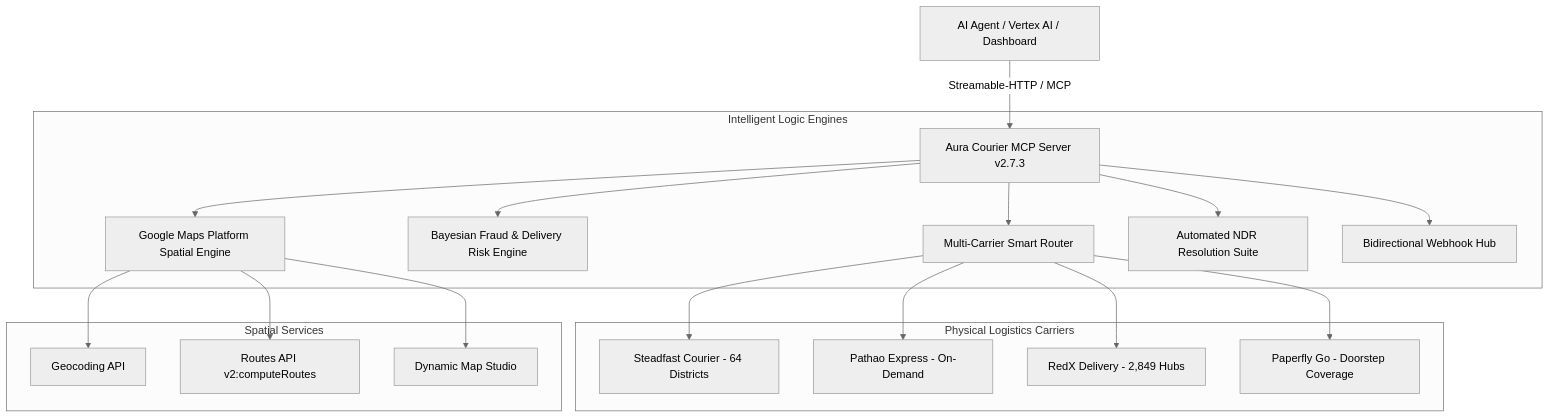
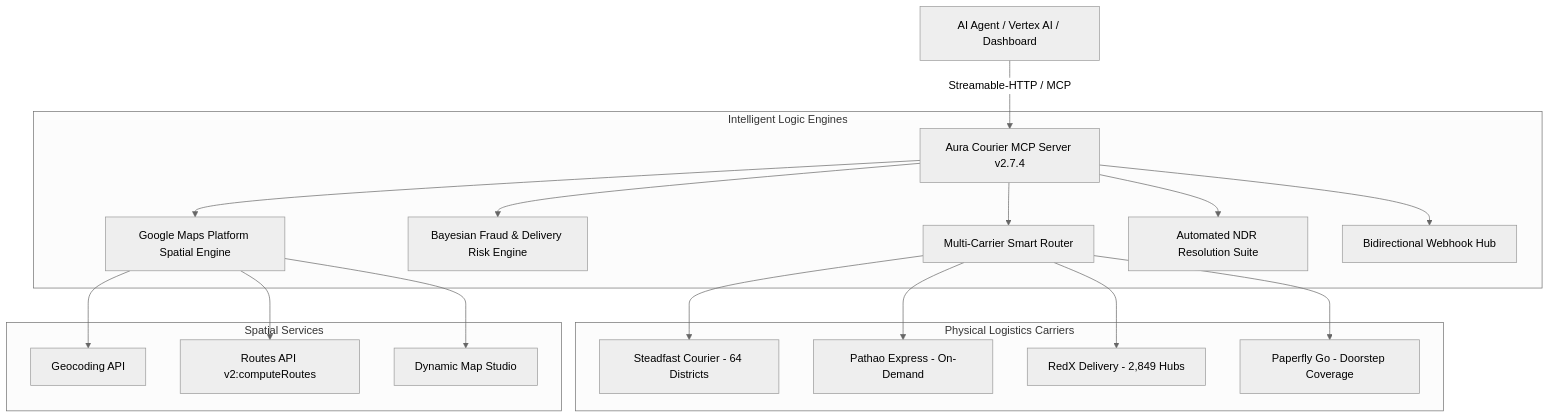
The diagram in MASTER_OPERATIONS_MANUAL.md (auraajenticai/aura-courier-mcp), drawn with Mermaid (neutral theme) before and after one commit. The commit also changed other lines of this file and 31 other files, not shown here.

````diff
--- a/MASTER_OPERATIONS_MANUAL.md
+++ b/MASTER_OPERATIONS_MANUAL.md
@@ -12,25 +12,25 @@
 ```mermaid
 graph TD
-    AI[AI Agent / Vertex AI / Dashboard] -->|Streamable-HTTP / MCP| MCP[Aura Courier MCP Server v2.7.3]
+    AI[AI Agent / Vertex AI / Dashboard] -->|Streamable-HTTP / MCP| MCP[Aura Courier MCP Server v2.7.4]
     
     subgraph "Intelligent Logic Engines"
         MCP --> ROUTER[Multi-Carrier Smart Router]
         MCP --> FRAUD[Bayesian Fraud & Delivery Risk Engine]
         MCP --> SPATIAL[Google Maps Platform Spatial Engine]
         MCP --> NDR[Automated NDR Resolution Suite]
         MCP --> WEBHOOKS[Bidirectional Webhook Hub]
     end
     
     subgraph "Physical Logistics Carriers"
         ROUTER --> SF[Steadfast Courier - 64 Districts]
         ROUTER --> PT[Pathao Express - On-Demand]
         ROUTER --> RX[RedX Delivery - 2,849 Hubs]
         ROUTER --> PF[Paperfly Go - Doorstep Coverage]
     end
     
     subgraph "Spatial Services"
         SPATIAL --> GEO[Geocoding API]
         SPATIAL --> ROUTES[Routes API v2:computeRoutes]
         SPATIAL --> STUDIO[Dynamic Map Studio]
     end
 ```
````
